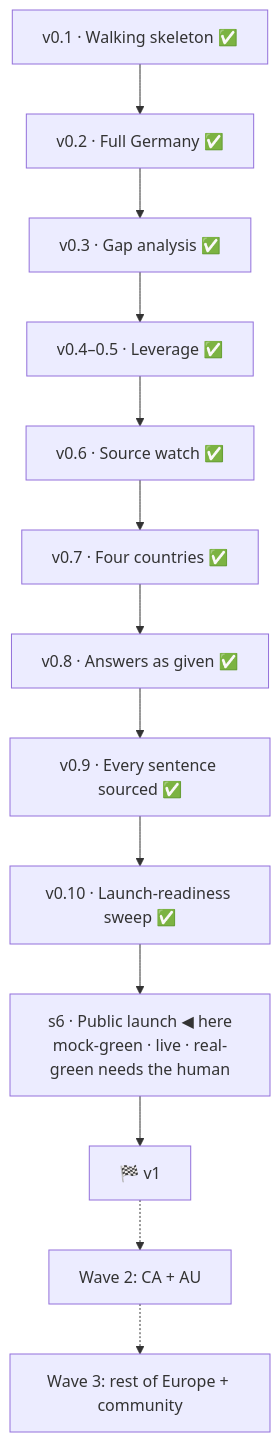
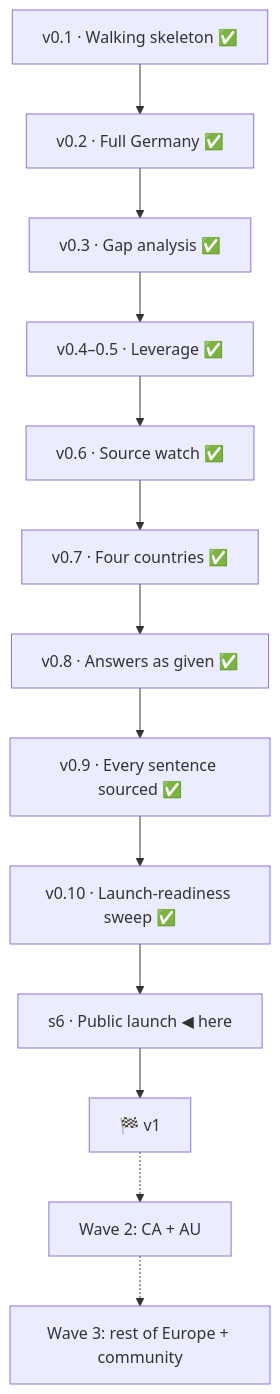
One commit to OytunOnal/permit-rulebook changed the diagram in KANBAN.md. Above: the diagram before and after it, drawn with Mermaid. The commit also changed 1 other file, not shown here.

Commit message:
diagrams per the status skill's four rules: one question each, labels are names, pipelines left to right

````diff
--- a/KANBAN.md
+++ b/KANBAN.md
@@ -8,11 +8,11 @@
 ```mermaid
 flowchart TB
     A["v0.1 · Walking skeleton ✅"] --> B["v0.2 · Full Germany ✅"]
     B --> C["v0.3 · Gap analysis ✅"] --> C2["v0.4–0.5 · Leverage ✅"]
     C2 --> D["v0.6 · Source watch ✅"] --> E["v0.7 · Four countries ✅"]
     E --> E2["v0.8 · Answers as given ✅"] --> E3["v0.9 · Every sentence sourced ✅"]
     E3 --> E4["v0.10 · Launch-readiness sweep ✅"]
-    E4 --> F["s6 · Public launch ◀ here<br/>mock-green · live · real-green needs the human"]
+    E4 --> F["s6 · Public launch ◀ here"]
     F --> V1["🏁 v1"]
     V1 -.-> G["Wave 2: CA + AU"] -.-> H["Wave 3: rest of Europe + community"]
 ```
````
